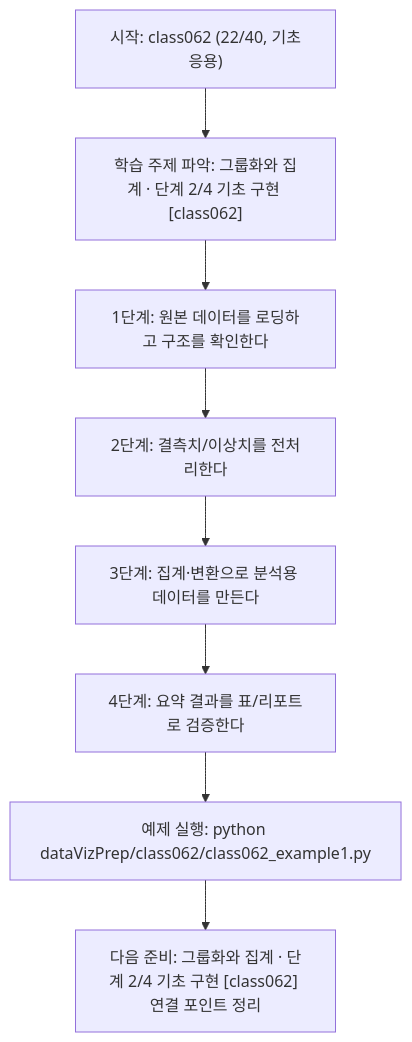
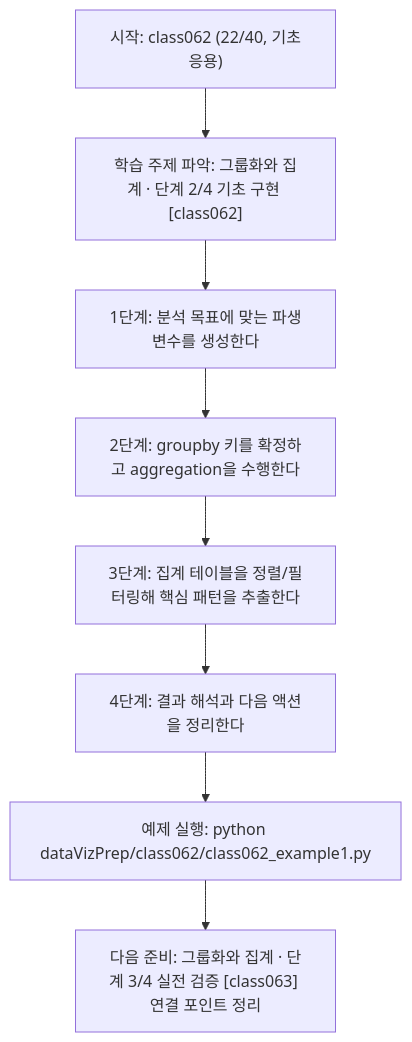
Before and after one commit to edumgt/Python-AI_Agent-Class: the diagram in dataVizPrep/class062/class062.md, drawn with Mermaid. The commit also changed other lines of this file and 283 other files, not shown here.

````diff
--- a/dataVizPrep/class062/class062.md
+++ b/dataVizPrep/class062/class062.md
@@ -110,18 +92,18 @@
 ```mermaid
 flowchart TD
 N1["시작: class062 (22/40, 기초응용)"]
 N2["학습 주제 파악: 그룹화와 집계 · 단계 2/4 기초 구현 [class062]"]
-N3["1단계: 원본 데이터를 로딩하고 구조를 확인한다"]
-N4["2단계: 결측치/이상치를 전처리한다"]
-N5["3단계: 집계·변환으로 분석용 데이터를 만든다"]
-N6["4단계: 요약 결과를 표/리포트로 검증한다"]
+N3["1단계: 분석 목표에 맞는 파생변수를 생성한다"]
+N4["2단계: groupby 키를 확정하고 aggregation을 수행한다"]
+N5["3단계: 집계 테이블을 정렬/필터링해 핵심 패턴을 추출한다"]
+N6["4단계: 결과 해석과 다음 액션을 정리한다"]
 N7["예제 실행: python dataVizPrep/class062/class062_example1.py"]
-N8["다음 준비: 그룹화와 집계 · 단계 2/4 기초 구현 [class062] 연결 포인트 정리"]
+N8["다음 준비: 그룹화와 집계 · 단계 3/4 실전 검증 [class063] 연결 포인트 정리"]
 N1 --> N2
 N2 --> N3
 N3 --> N4
 N4 --> N5
 N5 --> N6
 N6 --> N7
 N7 --> N8
 ```
````
